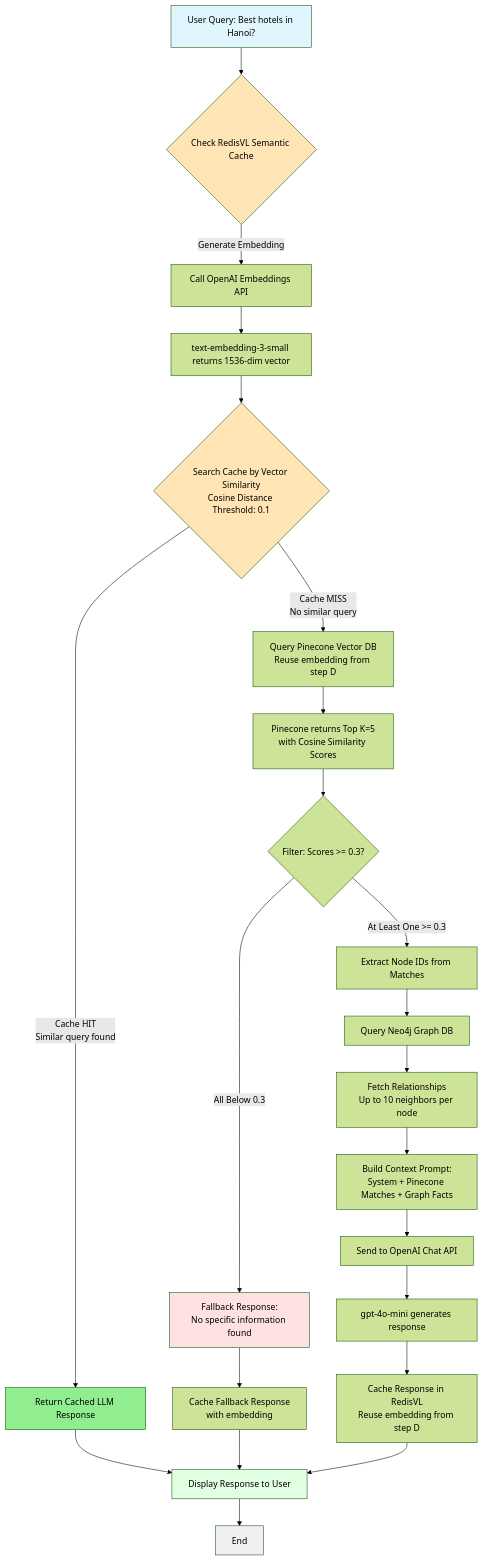
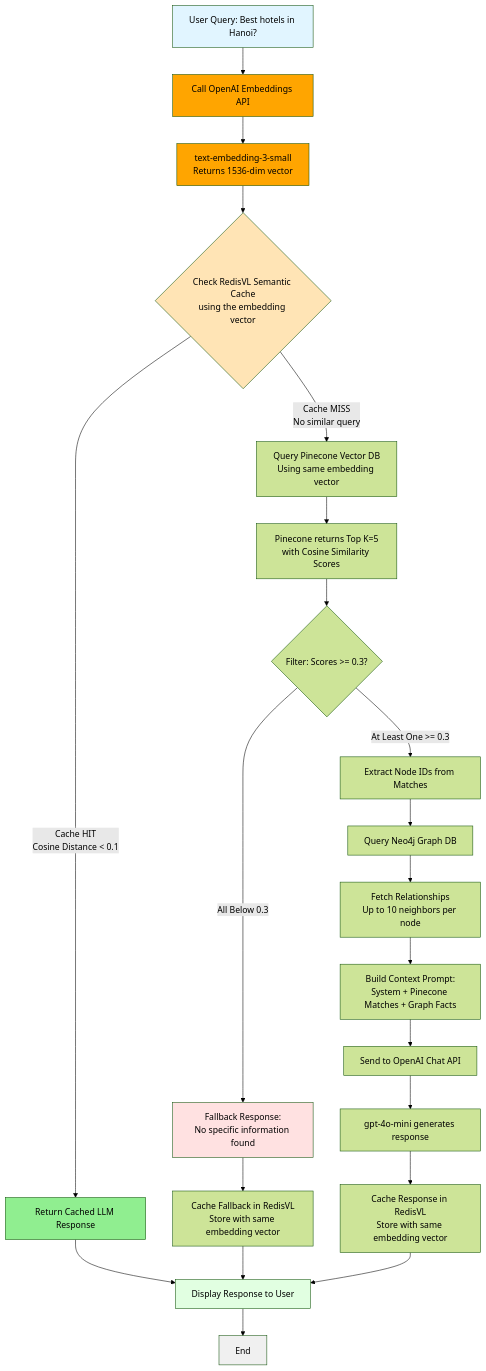
One commit to h4mmad/blue-enigma changed the diagram in README.md. Above: the diagram before and after it, drawn with Mermaid (forest theme). The commit also changed other lines of this file, not shown here.

Commit message:
fix: README.md

````diff
--- a/README.md
+++ b/README.md
@@ -10,44 +11,44 @@
 ```mermaid
 flowchart TD
-    A[User Query: Best hotels in Hanoi?] --> B{Check RedisVL Semantic Cache}
+    A[User Query: Best hotels in Hanoi?] --> B[Call OpenAI Embeddings API]
 
-    B -->|Generate Embedding| C[Call OpenAI Embeddings API]
-    C --> D[text-embedding-3-small returns 1536-dim vector]
+    B --> C[text-embedding-3-small<br/>Returns 1536-dim vector]
 
-    D --> E{Search Cache by Vector Similarity<br/>Cosine Distance Threshold: 0.1}
+    C --> D{Check RedisVL Semantic Cache<br/>using the embedding vector}
 
-    E -->|Cache HIT<br/>Similar query found| F[Return Cached LLM Response]
-    F --> G[Display Response to User]
-    G --> END[End]
+    D -->|Cache HIT<br/>Cosine Distance < 0.1| E[Return Cached LLM Response]
+    E --> F[Display Response to User]
+    F --> END[End]
 
-    E -->|Cache MISS<br/>No similar query| H[Query Pinecone Vector DB<br/>Reuse embedding from step D]
+    D -->|Cache MISS<br/>No similar query| G[Query Pinecone Vector DB<br/>Using same embedding vector]
 
-    H --> I[Pinecone returns Top K=5<br/>with Cosine Similarity Scores]
+    G --> H[Pinecone returns Top K=5<br/>with Cosine Similarity Scores]
 
-    I --> J{Filter: Scores >= 0.3?}
+    H --> I{Filter: Scores >= 0.3?}
 
-    J -->|All Below 0.3| K[Fallback Response:<br/>No specific information found]
-    K --> L[Cache Fallback Response<br/>with embedding]
-    L --> G
+    I -->|All Below 0.3| J[Fallback Response:<br/>No specific information found]
+    J --> K[Cache Fallback in RedisVL<br/>Store with same embedding vector]
+    K --> F
 
-    J -->|At Least One >= 0.3| M[Extract Node IDs from Matches]
+    I -->|At Least One >= 0.3| L[Extract Node IDs from Matches]
 
-    M --> N[Query Neo4j Graph DB]
-    N --> O[Fetch Relationships<br/>Up to 10 neighbors per node]
+    L --> M[Query Neo4j Graph DB]
+    M --> N[Fetch Relationships<br/>Up to 10 neighbors per node]
 
-    O --> P[Build Context Prompt:<br/>System + Pinecone Matches + Graph Facts]
+    N --> O[Build Context Prompt:<br/>System + Pinecone Matches + Graph Facts]
 
-    P --> Q[Send to OpenAI Chat API]
-    Q --> R[gpt-4o-mini generates response]
-    R --> S[Cache Response in RedisVL<br/>Reuse embedding from step D]
+    O --> P[Send to OpenAI Chat API]
+    P --> Q[gpt-4o-mini generates response]
+    Q --> R[Cache Response in RedisVL<br/>Store with same embedding vector]
 
-    S --> G
+    R --> F
 
     style A fill:#e1f5ff,color:#000
-    style F fill:#90EE90,color:#000
-    style K fill:#ffe1e1,color:#000
-    style G fill:#e1ffe1,color:#000
-    style END fill:#f0f0f0
-    style B fill:#FFE4B5,color:#000
-    style E fill:#FFE4B5,color:#000
+    style B fill:#FFA500,color:#000
+    style C fill:#FFA500,color:#000
+    style E fill:#90EE90,color:#000
+    style J fill:#ffe1e1,color:#000
+    style F fill:#e1ffe1,color:#000
+    style END fill:#f0f0f0,color:#000
+    style D fill:#FFE4B5,color:#000
 ```
````
